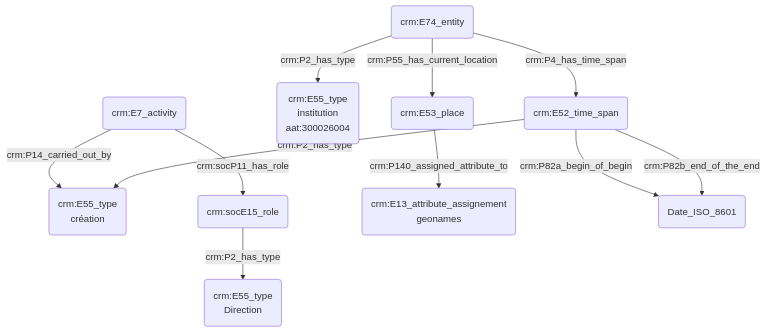
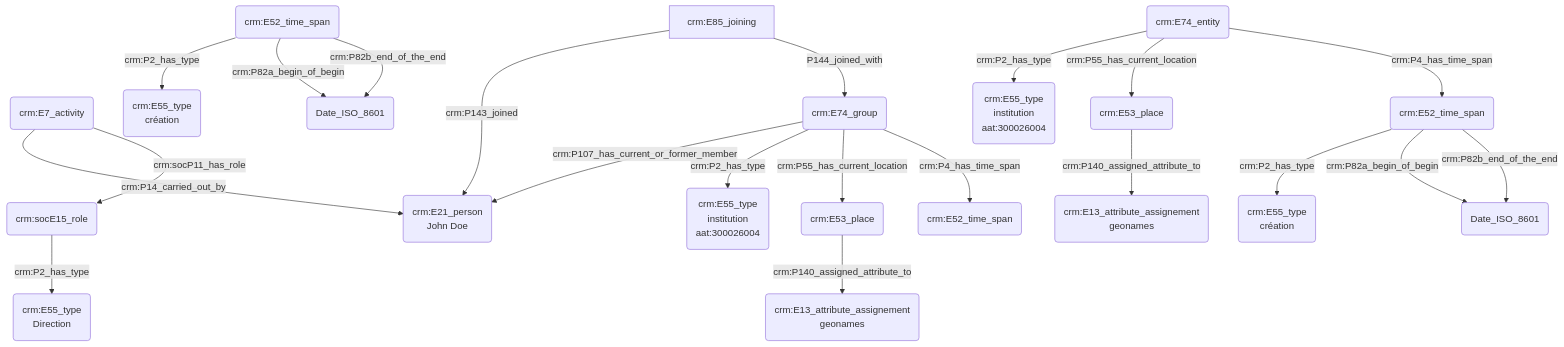
One commit to Amleth/consortium-musica2-gt2-ontologies changed the diagram in modules/livrables/Dossier 2/Prosopographie/statut ou rôle au sein d'une institution.md. Above: the diagram before and after it, drawn with Mermaid. The commit also changed other lines of this file, not shown here.

Commit message:
Update statut ou rôle au sein d'une institution.md

````diff
--- a/modules/livrables/Dossier 2/Prosopographie/statut ou rôle au sein d'une institution.md
+++ b/modules/livrables/Dossier 2/Prosopographie/statut ou rôle au sein d'une institution.md
@@ -11,16 +11,28 @@
 ```mermaid
 graph TD;
 
-H(crm:E7_activity) --> |crm:P14_carried_out_by| G(crm:E21_person)
+H(crm:E7_activity) --> |crm:P14_carried_out_by| K(crm:E21_person<br>John Doe)
 H(crm:E7_activity) --> |crm:socP11_has_role| J(crm:socE15_role)
 J(crm:socE15_role) -->|crm:P2_has_type| I(crm:E55_type<br>Direction)
+
+L[crm:E85_joining] -->|crm:P143_joined| K(crm:E21_person<br>John Doe)
+M(crm:E74_group) --> |crm:P107_has_current_or_former_member| K(crm:E21_person<br>John Doe)
+L[crm:E85_joining] --> |P144_joined_with| M(crm:E74_group)
+
+M(crm:E74_group) -->|crm:P2_has_type| N(crm:E55_type<br>institution<br>aat:300026004)
+M(crm:E74_group) -->|crm:P55_has_current_location| O(crm:E53_place)
+O(crm:E53_place) -->|crm:P140_assigned_attribute_to| P(crm:E13_attribute_assignement<br>geonames)
+M(crm:E74_group) -->|crm:P4_has_time_span| Q(crm:E52_time_span)
+R(crm:E52_time_span) -->|crm:P2_has_type| T(crm:E55_type<br>création)
+R(crm:E52_time_span) -->|crm:P82a_begin_of_begin| S(Date_ISO_8601)
+R(crm:E52_time_span) -->|crm:P82b_end_of_the_end| S(Date_ISO_8601)
 
 A(crm:E74_entity) -->|crm:P2_has_type| B(crm:E55_type<br>institution<br>aat:300026004)
 A(crm:E1_entity) -->|crm:P55_has_current_location| C(crm:E53_place)
 C(crm:E53_place) -->|crm:P140_assigned_attribute_to| D(crm:E13_attribute_assignement<br>geonames)
 A(crm:E74_entity) -->|crm:P4_has_time_span| E(crm:E52_time_span)
 E(crm:E52_time_span) -->|crm:P2_has_type| G(crm:E55_type<br>création)
 E(crm:E52_time_span) -->|crm:P82a_begin_of_begin| F(Date_ISO_8601)
 E(crm:E52_time_span) -->|crm:P82b_end_of_the_end| F(Date_ISO_8601)
 
 ```
````
